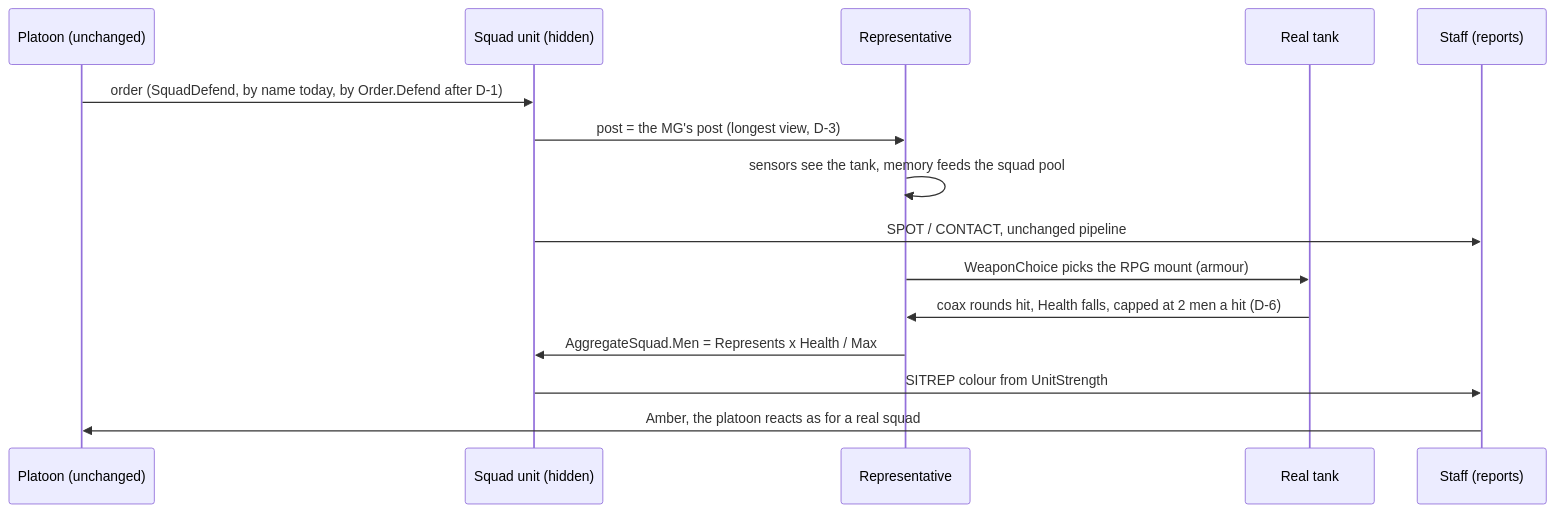
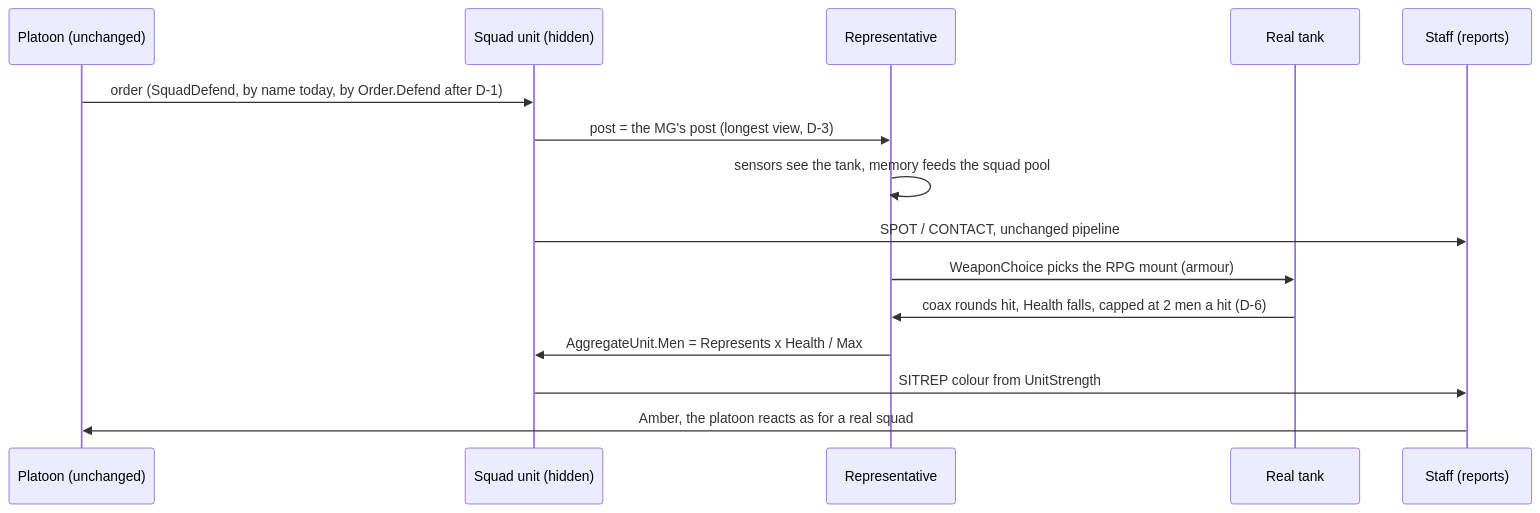
One commit to pjanec/HROT changed the second of 5 diagrams in docs/designs/aggregate-units/DESIGN_Aggregate_Squad.md. Above: the diagram before and after it, drawn with Mermaid. The commit also changed other lines of this file and 2 other files, not shown here.

First line of the commit message:
docs(CE-4611): SV-1…SV-15 ruled (R-4252); AggregateUnit, neutral type, per-slot table into A-2

````diff
--- a/docs/designs/aggregate-units/DESIGN_Aggregate_Squad.md
+++ b/docs/designs/aggregate-units/DESIGN_Aggregate_Squad.md
@@ -116,17 +116,17 @@
 ```mermaid
 sequenceDiagram
   participant P as Platoon (unchanged)
   participant U as Squad unit (hidden)
   participant R as Representative
   participant T as Real tank
   participant S as Staff (reports)
   P->>U: order (SquadDefend, by name today, by Order.Defend after D-1)
   U->>R: post = the MG's post (longest view, D-3)
   R->>R: sensors see the tank, memory feeds the squad pool
   U->>S: SPOT / CONTACT, unchanged pipeline
   R->>T: WeaponChoice picks the RPG mount (armour)
   T->>R: coax rounds hit, Health falls, capped at 2 men a hit (D-6)
-  R->>U: AggregateSquad.Men = Represents x Health / Max
+  R->>U: AggregateUnit.Men = Represents x Health / Max
   U->>S: SITREP colour from UnitStrength
   S->>P: Amber, the platoon reacts as for a real squad
 ```
````
